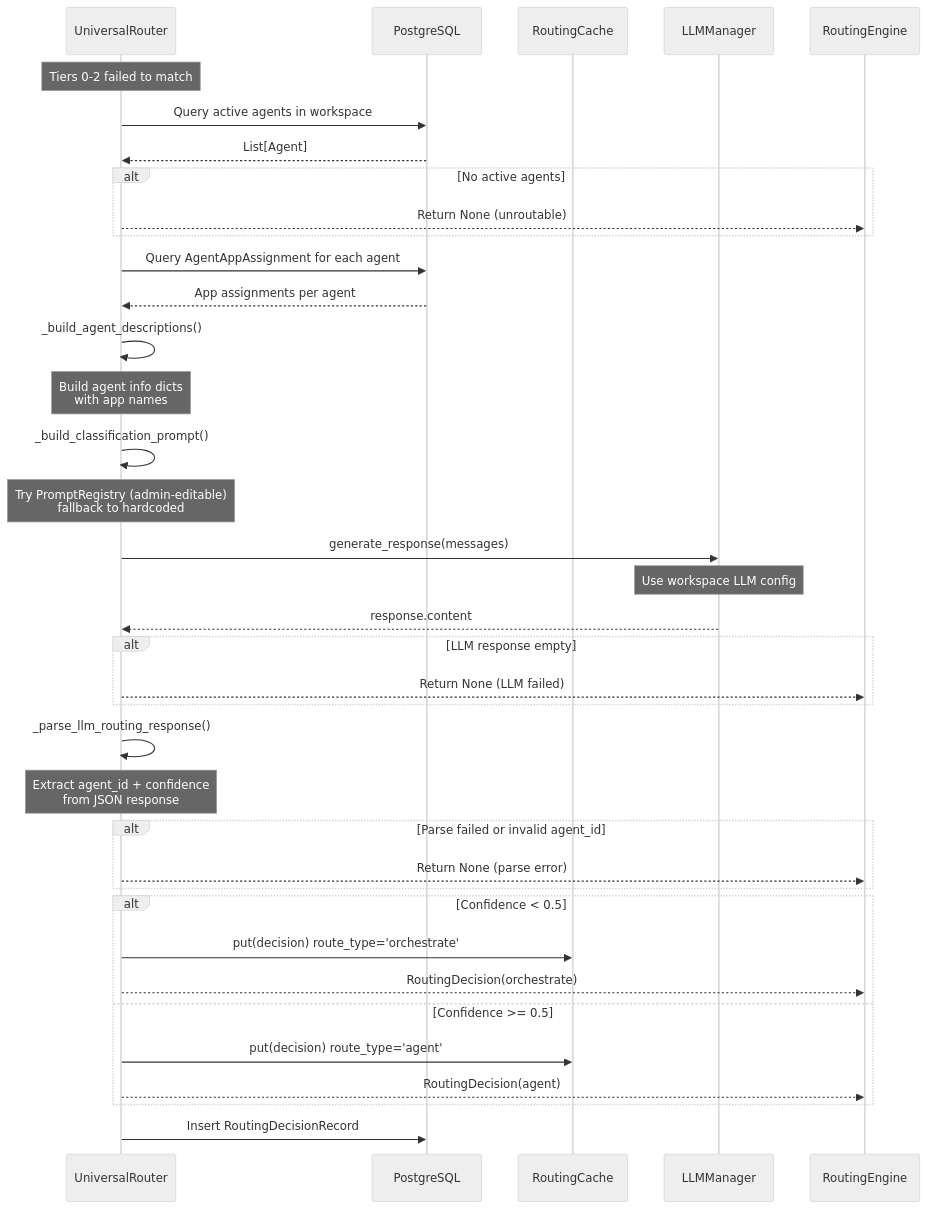
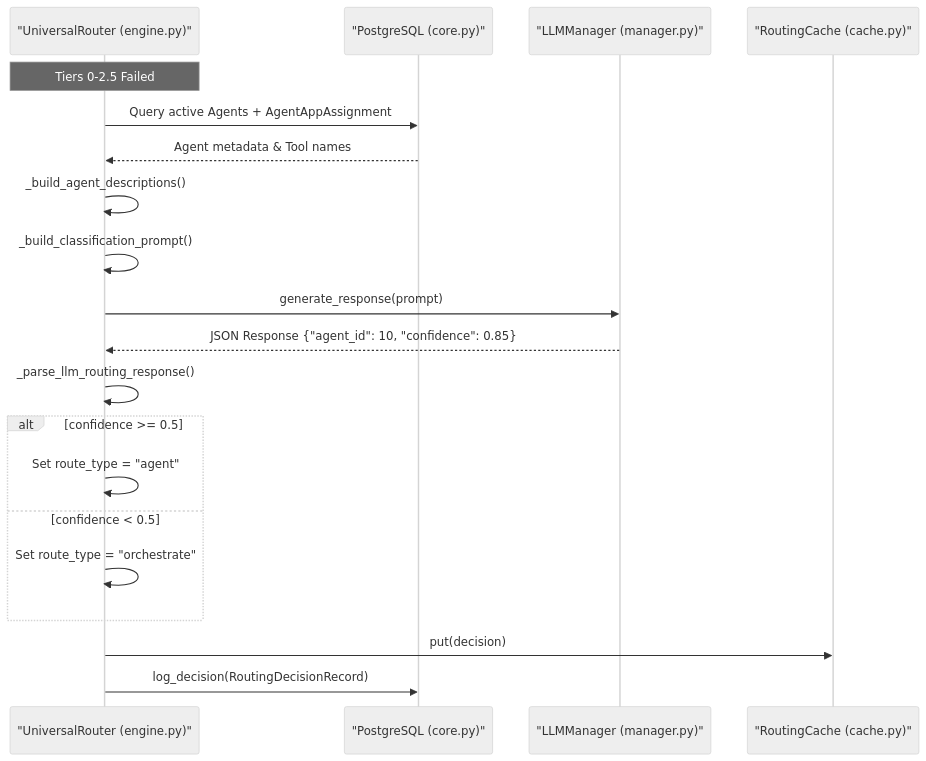
The first of 2 diagrams in docs/universal-router/tier-3-llm-classification.md (AutomatosAI/automatos-ai), drawn with Mermaid (neutral theme) before and after one commit. The commit also changed other lines of this file and 149 other files, not shown here.

Commit message:
docs: refresh documentation with graphify semantic scan

````diff
--- a/docs/universal-router/tier-3-llm-classification.md
+++ b/docs/universal-router/tier-3-llm-classification.md
@@ -50,51 +65,28 @@
 ```mermaid
 sequenceDiagram
-    participant UR as UniversalRouter
-    participant DB as PostgreSQL
-    participant Cache as RoutingCache
-    participant LLM as LLMManager
-    participant RE as RoutingEngine
+    participant UR as "UniversalRouter (engine.py)"
+    participant DB as "PostgreSQL (core.py)"
+    participant LM as "LLMManager (manager.py)"
+    participant RC as "RoutingCache (cache.py)"
 
-    Note over UR: Tiers 0-2 failed to match
-
-    UR->>DB: Query active agents in workspace
-    DB-->>UR: List[Agent]
+    Note over UR: Tiers 0-2.5 Failed
+    UR->>DB: Query active Agents + AgentAppAssignment
+    DB-->>UR: Agent metadata & Tool names
     
-    alt No active agents
-        UR-->>RE: Return None (unroutable)
+    UR->>UR: _build_agent_descriptions()
+    UR->>UR: _build_classification_prompt()
+    
+    UR->>LM: generate_response(prompt)
+    LM-->>UR: JSON Response {"agent_id": 10, "confidence": 0.85}
+    
+    UR->>UR: _parse_llm_routing_response()
+    
+    alt confidence >= 0.5
+        UR->>UR: Set route_type = "agent"
+    else confidence < 0.5
+        UR->>UR: Set route_type = "orchestrate"
     end
 
-    UR->>DB: Query AgentAppAssignment for each agent
-    DB-->>UR: App assignments per agent
-    
-    UR->>UR: _build_agent_descriptions()
-    Note over UR: Build agent info dicts<br/>with app names
-    
-    UR->>UR: _build_classification_prompt()
-    Note over UR: Try PromptRegistry (admin-editable)<br/>fallback to hardcoded
-
-    UR->>LLM: generate_response(messages)
-    Note over LLM: Use workspace LLM config
-    LLM-->>UR: response.content
-
-    alt LLM response empty
-        UR-->>RE: Return None (LLM failed)
-    end
-
-    UR->>UR: _parse_llm_routing_response()
-    Note over UR: Extract agent_id + confidence<br/>from JSON response
-
-    alt Parse failed or invalid agent_id
-        UR-->>RE: Return None (parse error)
-    end
-
-    alt Confidence < 0.5
-        UR->>Cache: put(decision) route_type='orchestrate'
-        UR-->>RE: RoutingDecision(orchestrate)
-    else Confidence >= 0.5
-        UR->>Cache: put(decision) route_type='agent'
-        UR-->>RE: RoutingDecision(agent)
-    end
-
-    UR->>DB: Insert RoutingDecisionRecord
+    UR->>RC: put(decision)
+    UR->>DB: log_decision(RoutingDecisionRecord)
 ```
````
